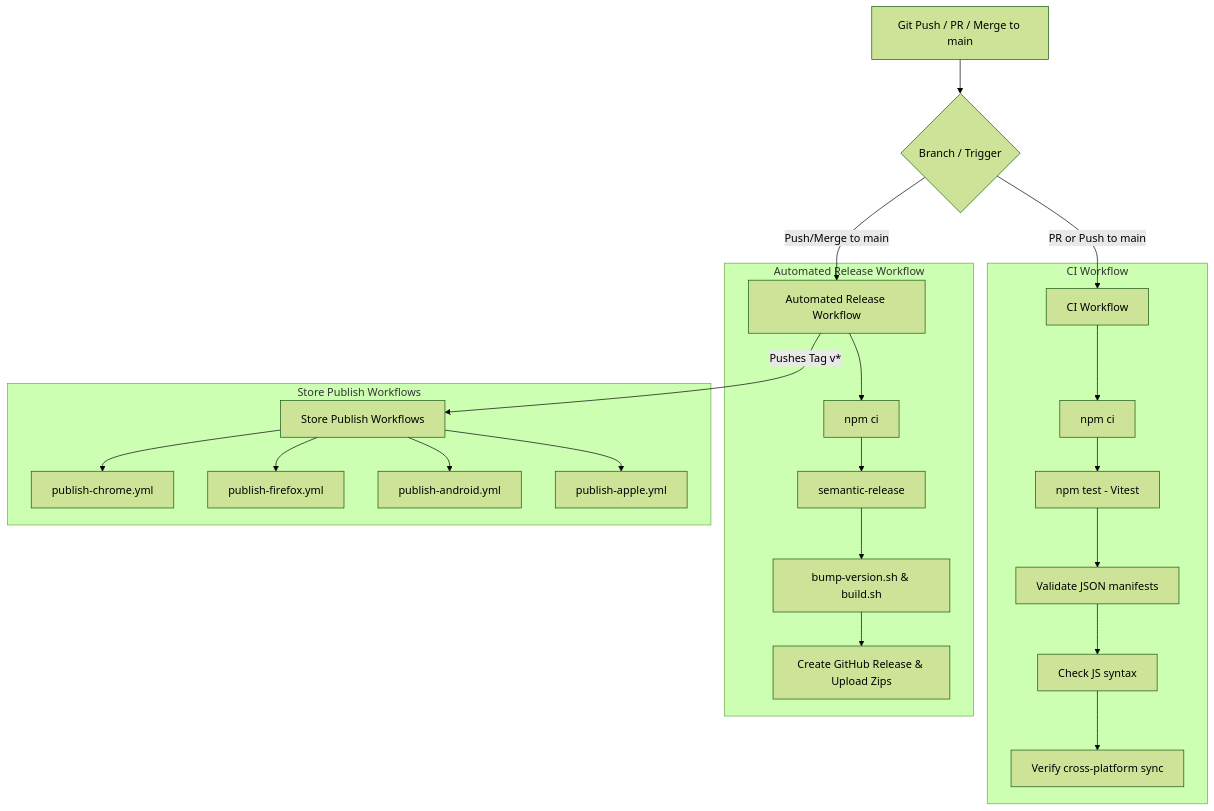
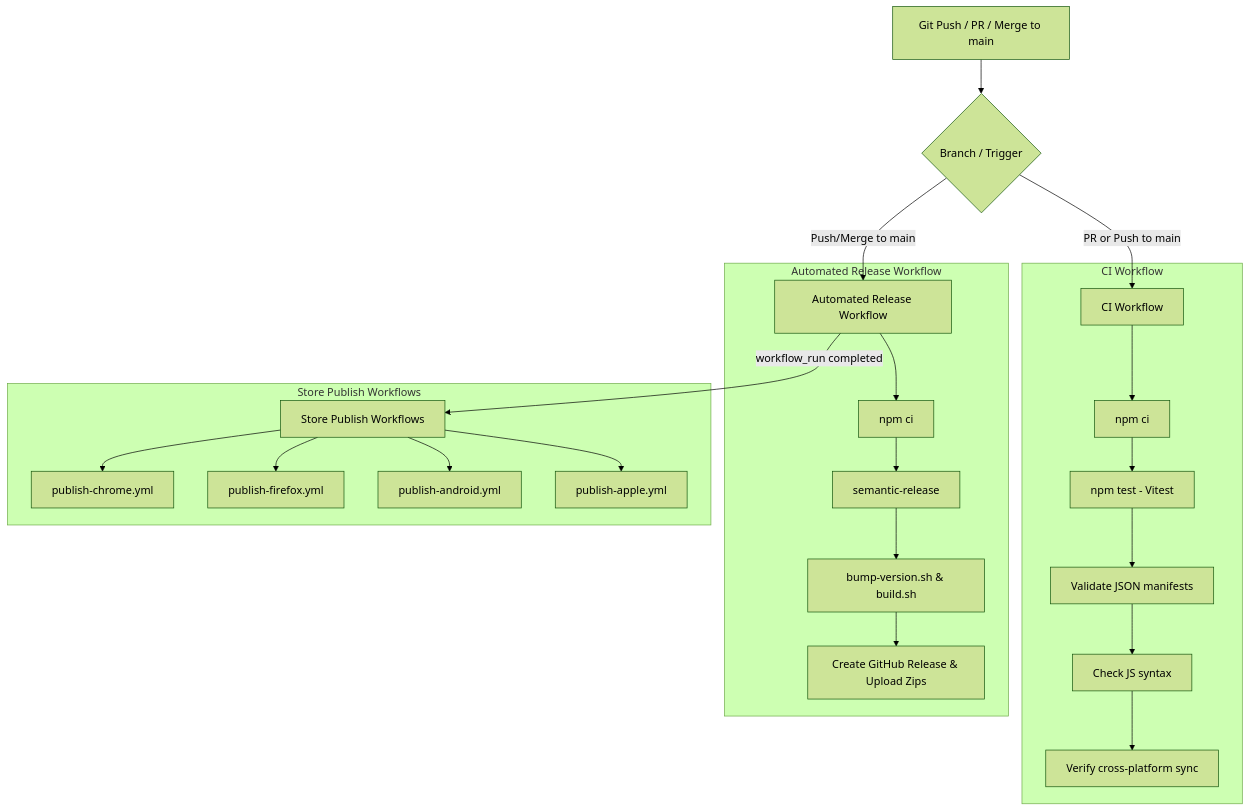
Before and after one commit to MaybeItsSoftware/intention: the diagram in DEVOPS.md, drawn with Mermaid (forest theme). The commit also changed other lines of this file and 5 other files, not shown here.

````diff
--- a/DEVOPS.md
+++ b/DEVOPS.md
@@ -159,29 +159,29 @@
 ```mermaid
 graph TD
     A[Git Push / PR / Merge to main] --> B{Branch / Trigger}
     B -- PR or Push to main --> C[CI Workflow]
     B -- Push/Merge to main --> D[Automated Release Workflow]
-    D -- Pushes Tag v* --> E[Store Publish Workflows]
+    D -- workflow_run completed --> E[Store Publish Workflows]
     
     subgraph CI Workflow
         C --> C1[npm ci]
         C1 --> C2[npm test - Vitest]
         C2 --> C3[Validate JSON manifests]
         C3 --> C4[Check JS syntax]
         C4 --> C5[Verify cross-platform sync]
     end
     
     subgraph Automated Release Workflow
         D --> D1[npm ci]
         D1 --> D2[semantic-release]
         D2 --> D3[bump-version.sh & build.sh]
         D3 --> D4[Create GitHub Release & Upload Zips]
     end
 
     subgraph Store Publish Workflows
         E --> E1[publish-chrome.yml]
         E --> E2[publish-firefox.yml]
         E --> E3[publish-android.yml]
         E --> E4[publish-apple.yml]
     end
 ```
````
